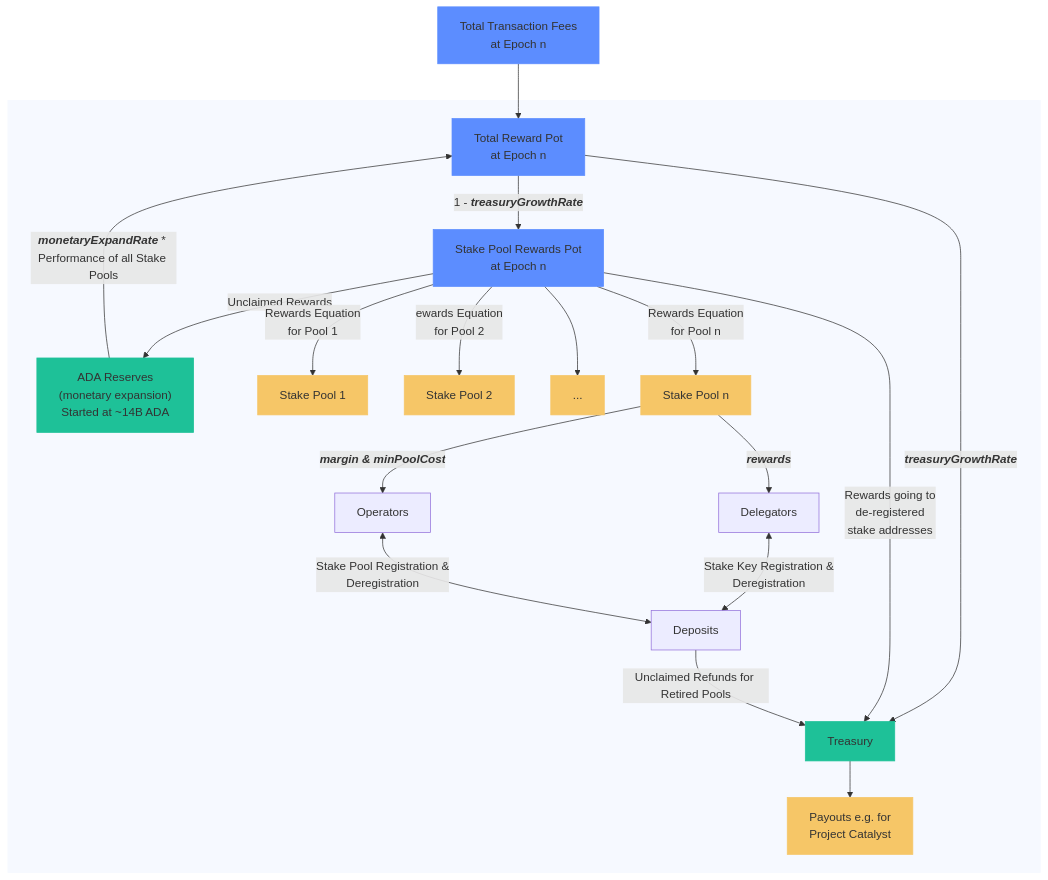
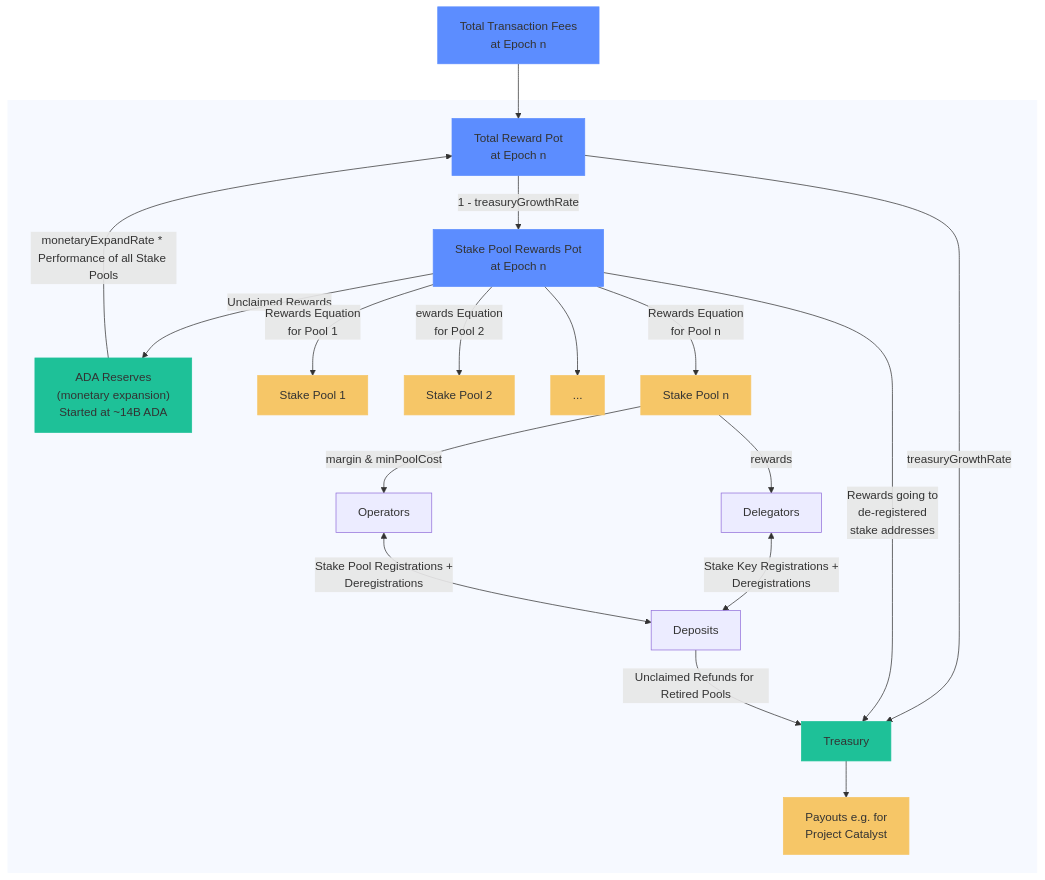
Before and after one commit to cardano-foundation/cf-java-rewards-calculation: the diagram in README.md, drawn with Mermaid. The commit also changed other lines of this file and 8 other files, not shown here.

````diff
--- a/README.md
+++ b/README.md
@@ -27,35 +27,35 @@
 ```mermaid
 flowchart
     A[Total Transaction Fees <br />at Epoch n] --> B[Total Reward Pot <br />at Epoch n]
-    B --> | <b><i>treasuryGrowthRate</b></i> | C[Treasury]
-    B --> | 1 - <b><i>treasuryGrowthRate</b></i> | D[Stake Pool Rewards Pot <br />at Epoch n]
+    B --> | treasuryGrowthRate | C[Treasury]
+    B --> | 1 - treasuryGrowthRate | D[Stake Pool Rewards Pot <br />at Epoch n]
         subgraph ADA_POTS[" "]
         D --> | Unclaimed Rewards | E["ADA Reserves<br /> (monetary expansion) <br /> Started at ~14B ADA"]
-        E --> | <b><i>monetaryExpandRate</a></b></i> * Performance of all Stake Pools | B
+        E --> | monetaryExpandRate * Performance of all Stake Pools | B
         C --> F[Payouts e.g. for <br />Project Catalyst]
         D --> | Rewards Equation<br /> for Pool 1 | G[Stake Pool 1]
         D --> | ewards Equation<br /> for Pool 2 | H[Stake Pool 2]
         D --> I[...]
         D --> | Rewards Equation<br /> for Pool n | J[Stake Pool n]
-        J --> | <b><i>margin & minPoolCost</i></b> | K[Operators]
-        J --> | <b><i>rewards</i></b> | L[Delegators]
+        J --> | margin & minPoolCost | K[Operators]
+        J --> | rewards | L[Delegators]
         D --> | Rewards going to<br /> de-registered<br /> stake addresses | C
-        L <--> | Stake Key Registration & <br /> Deregistration | M[Deposits]
-        K <--> | Stake Pool Registration & <br /> Deregistration | M
+        L <--> | Stake Key Registrations + <br /> Deregistrations | M[Deposits]
+        K <--> | Stake Pool Registrations + <br /> Deregistrations | M
         M --> | Unclaimed Refunds for Retired Pools | C
         end
 
     style A fill:#5C8DFF,stroke:#5C8DFF
     style B fill:#5C8DFF,stroke:#5C8DFF
     style C fill:#1EC198,stroke:#1EC198
     style D fill:#5C8DFF,stroke:#5C8DFF
     style E fill:#1EC198,stroke:#1EC198
 
     style F fill:#F6C667,stroke:#F6C667
     style G fill:#F6C667,stroke:#F6C667
     style H fill:#F6C667,stroke:#F6C667
     style I fill:#F6C667,stroke:#F6C667
     style J fill:#F6C667,stroke:#F6C667
 
     style ADA_POTS fill:#f6f9ff,stroke:#f6f9ff
 ```
````
